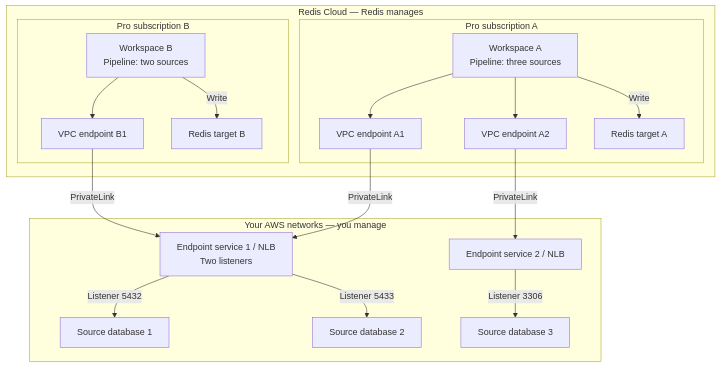
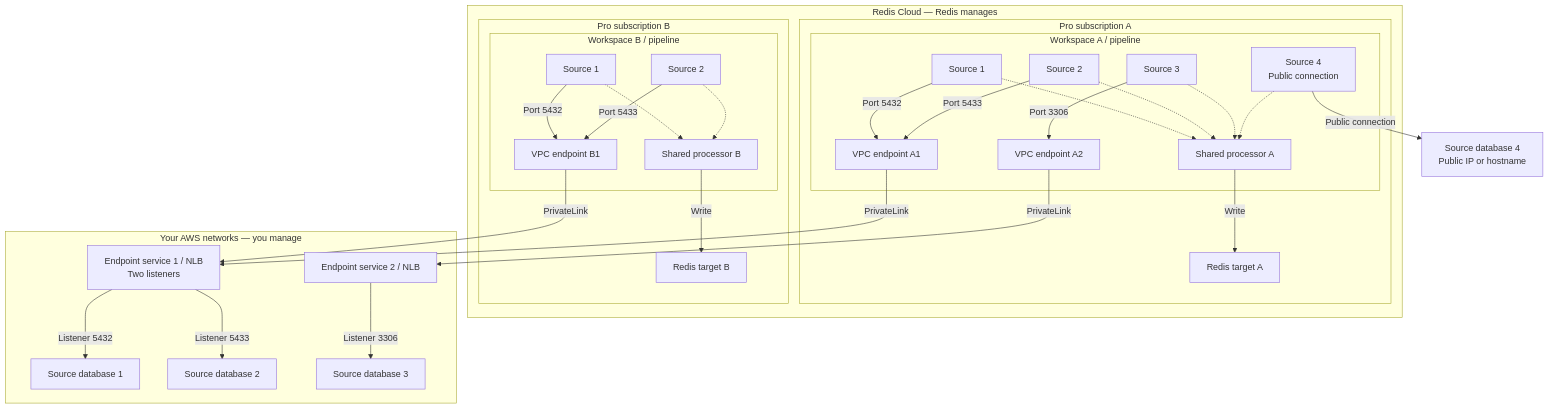
The diagram in content/operate/rc/rdi/networking/_index.md (redis/docs), drawn with Mermaid before and after one commit. The commit also changed other lines of this file, not shown here.

Commit message:
Show individual Cloud RDI sources and public connectivity

````diff
--- a/content/operate/rc/rdi/networking/_index.md
+++ b/content/operate/rc/rdi/networking/_index.md
@@ -26,34 +26,54 @@
-```mermaid {width="760px"}
+```mermaid {width="1100px"}
 graph TB
     subgraph redis["Redis Cloud — Redis manages"]
         subgraph subA["Pro subscription A"]
-            pipelineA["Workspace A<br/>Pipeline: three sources"]
-            endpointA["VPC endpoint A1"]
-            endpointA2["VPC endpoint A2"]
+            subgraph workspaceA["Workspace A / pipeline"]
+                sourceA1["Source 1"]
+                sourceA2["Source 2"]
+                sourceA3["Source 3"]
+                sourceA4["Source 4<br/>Public connection"]
+                processorA["Shared processor A"]
+                endpointA["VPC endpoint A1"]
+                endpointA2["VPC endpoint A2"]
+                sourceA1 -->|Port 5432| endpointA
+                sourceA2 -->|Port 5433| endpointA
+                sourceA3 -->|Port 3306| endpointA2
+                sourceA1 -.-> processorA
+                sourceA2 -.-> processorA
+                sourceA3 -.-> processorA
+                sourceA4 -.-> processorA
+            end
             targetA["Redis target A"]
-            pipelineA --> endpointA
-            pipelineA --> endpointA2
-            pipelineA -->|Write| targetA
+            processorA -->|Write| targetA
         end
         subgraph subB["Pro subscription B"]
-            pipelineB["Workspace B<br/>Pipeline: two sources"]
-            endpointB["VPC endpoint B1"]
+            subgraph workspaceB["Workspace B / pipeline"]
+                sourceB1["Source 1"]
+                sourceB2["Source 2"]
+                processorB["Shared processor B"]
+                endpointB["VPC endpoint B1"]
+                sourceB1 -->|Port 5432| endpointB
+                sourceB2 -->|Port 5433| endpointB
+                sourceB1 -.-> processorB
+                sourceB2 -.-> processorB
+            end
             targetB["Redis target B"]
-            pipelineB --> endpointB
-            pipelineB -->|Write| targetB
+            processorB -->|Write| targetB
         end
     end
     subgraph customer["Your AWS networks — you manage"]
         shared["Endpoint service 1 / NLB<br/>Two listeners"]
         separate["Endpoint service 2 / NLB"]
         db1["Source database 1"]
         db2["Source database 2"]
         db3["Source database 3"]
         shared -->|Listener 5432| db1
         shared -->|Listener 5433| db2
         separate -->|Listener 3306| db3
     end
+    publicDb["Source database 4<br/>Public IP or hostname"]
     endpointA -->|PrivateLink| shared
     endpointB -->|PrivateLink| shared
     endpointA2 -->|PrivateLink| separate
+    sourceA4 -->|Public connection| publicDb
 ```
````
